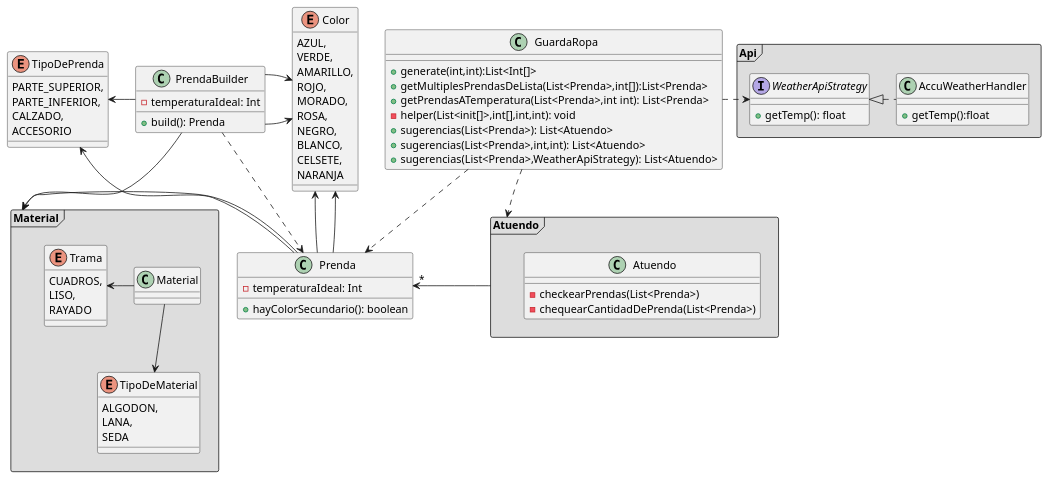
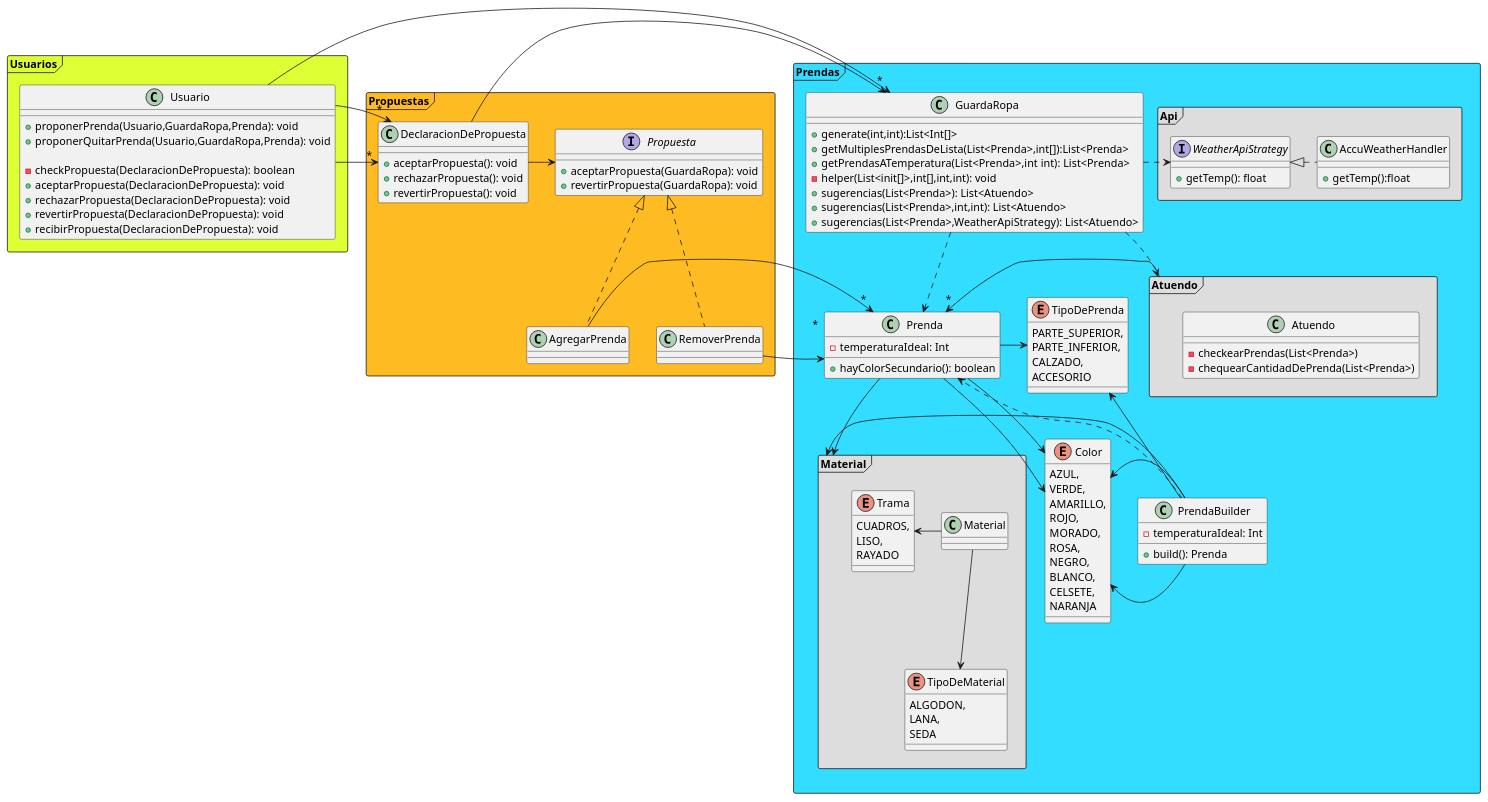
The diagram in Diagrama.plantuml (Tomas83/QueMePongo), drawn with PlantUML before and after one commit. The commit also changed 3 other files, not shown here.

Commit message:
QueMePongo 5 con diagrama

```diff
--- a/Diagrama.plantuml
+++ b/Diagrama.plantuml
@@ -2,94 +2,146 @@
 @startuml
 
-package Atuendo <<Frame>> #DDDDDD
+package Usuarios <<Frame>> #DDFF33
 {
-    class Atuendo
+	class Usuario
+	{
+		+proponerPrenda(Usuario,GuardaRopa,Prenda): void
+        +proponerQuitarPrenda(Usuario,GuardaRopa,Prenda): void
+
+        -checkPropuesta(DeclaracionDePropuesta): boolean
+        
+        +aceptarPropuesta(DeclaracionDePropuesta): void
+        +rechazarPropuesta(DeclaracionDePropuesta): void
+        +revertirPropuesta(DeclaracionDePropuesta): void
+        +recibirPropuesta(DeclaracionDePropuesta): void
+	}
+}
+package Propuestas <<Frame>> #FFBB22
+{
+    Propuesta-u[hidden]>Usuario
+    Usuario-d[hidden]>Propuesta
+    Usuario-d[hidden]>DeclaracionDePropuesta
+
+    Usuario->"*"DeclaracionDePropuesta
+    Usuario->"*"DeclaracionDePropuesta
+
+    interface Propuesta
     {
-        -checkearPrendas(List<Prenda>)
-        -chequearCantidadDePrenda(List<Prenda>)
+        +aceptarPropuesta(GuardaRopa): void
+        +revertirPropuesta(GuardaRopa): void
+    }
+    class AgregarPrenda implements Propuesta
+    class RemoverPrenda implements Propuesta
+
+    class DeclaracionDePropuesta
+    {
+        +aceptarPropuesta(): void
+        +rechazarPropuesta(): void
+        +revertirPropuesta(): void
     }
 }
-    Atuendo->"*"Prenda
-package Api <<Frame>> #DDDDDD
+package Prendas <<Frame>> #33DDFF
 {
-    AccuWeatherHandler ..l|>WeatherApiStrategy
-    Interface WeatherApiStrategy
+    Usuario->"*"GuardaRopa
+    AgregarPrenda->"*" Prenda
+    RemoverPrenda->"*" Prenda
+    DeclaracionDePropuesta -> GuardaRopa
+    DeclaracionDePropuesta -> Propuesta
+
+
+    package Atuendo <<Frame>> #DDDDDD
     {
-        +getTemp(): float
+        class Atuendo
+        {
+            -checkearPrendas(List<Prenda>)
+            -chequearCantidadDePrenda(List<Prenda>)
+        }
     }
-    class AccuWeatherHandler
+        Atuendo->"*"Prenda
+    package Api <<Frame>> #DDDDDD
     {
-        +getTemp():float
+        AccuWeatherHandler ..l|>WeatherApiStrategy
+        Interface WeatherApiStrategy
+        {
+            +getTemp(): float
+        }
+        class AccuWeatherHandler
+        {
+            +getTemp():float
+        }
     }
+    package Material <<Frame>> #DDDDDD
+    {
+        Material -u>Trama
+        Material -d->TipoDeMaterial
+        class Material{}
+        Enum TipoDeMaterial
+        {
+            ALGODON,
+            LANA,
+            SEDA
+        }
+        Enum Trama
+        {
+            CUADROS,
+            LISO,
+            RAYADO
+        }
+    }
+    class Prenda
+    {
+        - temperaturaIdeal: Int
+        + hayColorSecundario(): boolean
+    }
+    Prenda-u>Color
+    Prenda-u>Color
+    Prenda->Material
+    Prenda->TipoDePrenda
+    class PrendaBuilder
+    {
+        - temperaturaIdeal: Int
+        + build(): Prenda
+    }
+    PrendaBuilder -[dashed]->Prenda
+    PrendaBuilder-r>Color
+    PrendaBuilder-r>Color
+    PrendaBuilder->Material
+    PrendaBuilder-l>TipoDePrenda
+    class GuardaRopa
+    {
+        +generate(int,int):List<Int[]>
+        +getMultiplesPrendasDeLista(List<Prenda>,int[]):List<Prenda>
+        +getPrendasATemperatura(List<Prenda>,int int): List<Prenda>
+        -helper(List<init[]>,int[],int,int): void
+        +sugerencias(List<Prenda>): List<Atuendo>
+        +sugerencias(List<Prenda>,int,int): List<Atuendo>
+        +sugerencias(List<Prenda>,WeatherApiStrategy): List<Atuendo>
+    }
+    GuardaRopa..>Prenda
+    GuardaRopa..>Atuendo
+    GuardaRopa.r>WeatherApiStrategy
+    Enum Color
+    {
+        AZUL,
+        VERDE,
+        AMARILLO,
+        ROJO,
+        MORADO,
+        ROSA,
+        NEGRO,
+        BLANCO,
+        CELSETE,
+        NARANJA
+    }
+    Enum TipoDePrenda
+    {
+        PARTE_SUPERIOR,
+        PARTE_INFERIOR,
+        CALZADO,
+        ACCESORIO
+    }
+
 }
-package Material <<Frame>> #DDDDDD
-{
-    Material -u>Trama
-    Material -d->TipoDeMaterial
-    class Material{}
-    Enum TipoDeMaterial
-    {
-        ALGODON,
-        LANA,
-        SEDA
-    }
-    Enum Trama
-    {
-        CUADROS,
-        LISO,
-        RAYADO
-    }
-}
-class Prenda
-{
-    - temperaturaIdeal: Int
-    + hayColorSecundario(): boolean
-}
-Prenda-u>Color
-Prenda-u>Color
-Prenda->Material
-Prenda->TipoDePrenda
-class PrendaBuilder
-{
-    - temperaturaIdeal: Int
-    + build(): Prenda
-}
-PrendaBuilder -[dashed]->Prenda
-PrendaBuilder-r>Color
-PrendaBuilder-r>Color
-PrendaBuilder->Material
-PrendaBuilder-l>TipoDePrenda
-class GuardaRopa
-{
-    +generate(int,int):List<Int[]>
-    +getMultiplesPrendasDeLista(List<Prenda>,int[]):List<Prenda>
-    +getPrendasATemperatura(List<Prenda>,int int): List<Prenda>
-    -helper(List<init[]>,int[],int,int): void
-    +sugerencias(List<Prenda>): List<Atuendo>
-    +sugerencias(List<Prenda>,int,int): List<Atuendo>
-    +sugerencias(List<Prenda>,WeatherApiStrategy): List<Atuendo>
-}
-GuardaRopa..>Prenda
-GuardaRopa..>Atuendo
-GuardaRopa.r>WeatherApiStrategy
-Enum Color
-{
-    AZUL,
-	VERDE,
-	AMARILLO,
-	ROJO,
-	MORADO,
-	ROSA,
-	NEGRO,
-	BLANCO,
-	CELSETE,
-	NARANJA
-}
-Enum TipoDePrenda
-{
-    PARTE_SUPERIOR,
-	PARTE_INFERIOR,
-	CALZADO,
-	ACCESORIO
-}
+
+
 @endrtuml
```
